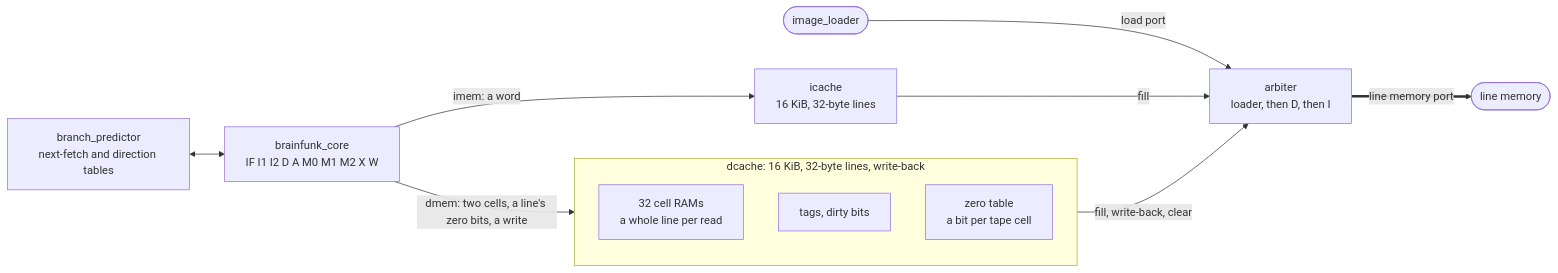
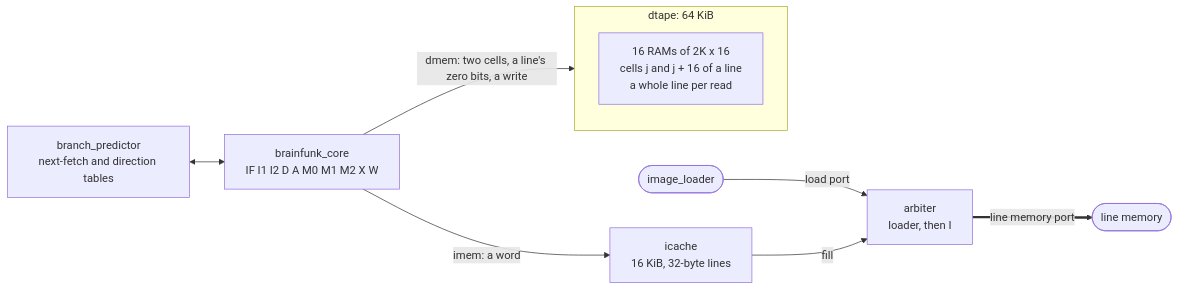
The second of 2 diagrams in doc/rtl.md (NeoChen1024/Brainfunk), drawn with Mermaid before and after one commit. The commit also changed other lines of this file and 22 other files, not shown here.

````diff
--- a/doc/rtl.md
+++ b/doc/rtl.md
@@ -295,16 +307,13 @@
 ```mermaid
 flowchart LR
     pred["branch_predictor<br>next-fetch and direction tables"] <--> core
     core["brainfunk_core<br>IF I1 I2 D A M0 M1 M2 X W"]
     core -- "imem: a word" --> ic["icache<br>16 KiB, 32-byte lines"]
-    core -- "dmem: two cells, a line's zero bits, a write" --> dc
-    subgraph dc["dcache: 16 KiB, 32-byte lines, write-back"]
-        cells["32 cell RAMs<br>a whole line per read"]
-        tags["tags, dirty bits"]
-        zt["zero table<br>a bit per tape cell"]
+    core -- "dmem: two cells, a line's zero bits, a write" --> tape
+    subgraph tape["dtape: 64 KiB"]
+        rams["16 RAMs of 2K x 16<br>cells j and j + 16 of a line<br>a whole line per read"]
     end
     loader(["image_loader"]) -- "load port" --> arb
-    dc -- "fill, write-back, clear" --> arb
     ic -- "fill" --> arb
-    arb["arbiter<br>loader, then D, then I"] == "line memory port" ==> mem(["line memory"])
+    arb["arbiter<br>loader, then I"] == "line memory port" ==> mem(["line memory"])
 ```
````
